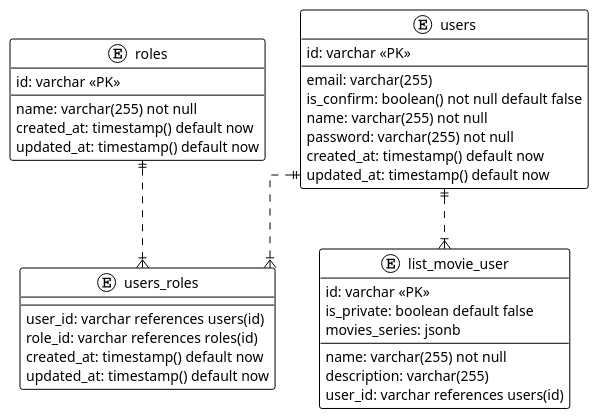
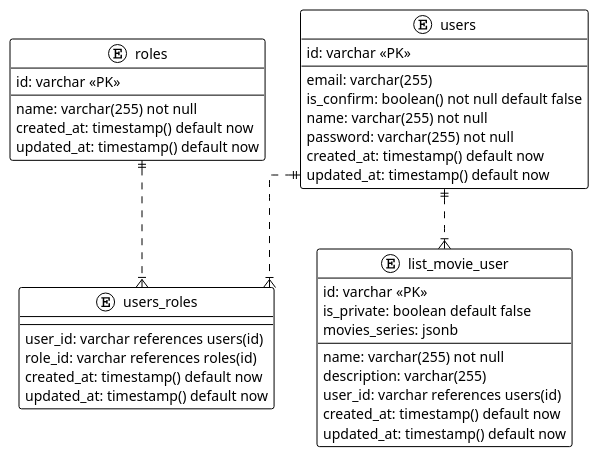
The diagram in docs/database/database-tables.plantuml (fredsonchaves07/movie-catch-api), drawn with PlantUML before and after one commit.

Commit message:
doc: add auditlog date column

```diff
--- a/docs/database/database-tables.plantuml
+++ b/docs/database/database-tables.plantuml
@@ -1,44 +1,46 @@
 @startuml
 
 !theme plain
 top to bottom direction
 skinparam linetype ortho
 
 entity users {
    id: varchar <<PK>>
    email: varchar(255)
    is_confirm: boolean() not null default false
    name: varchar(255) not null
    password: varchar(255) not null
    created_at: timestamp() default now
    updated_at: timestamp() default now
 }
 
 entity roles {
    id: varchar <<PK>>
    name: varchar(255) not null
    created_at: timestamp() default now
    updated_at: timestamp() default now
 }
 
 entity users_roles {
    user_id: varchar references users(id)
    role_id: varchar references roles(id)
    created_at: timestamp() default now
    updated_at: timestamp() default now
 }
 
 entity list_movie_user {
     id: varchar <<PK>>
     name: varchar(255) not null
     description: varchar(255)
     is_private: boolean default false
     movies_series: jsonb
     user_id: varchar references users(id)
+    created_at: timestamp() default now
+    updated_at: timestamp() default now
 }
 
 users ||..|{users_roles
 roles ||..|{users_roles
 users ||..|{list_movie_user
 
 @enduml
```
